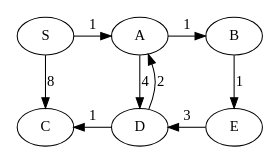
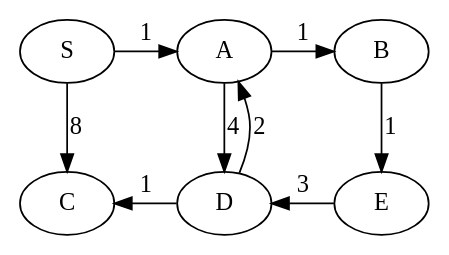
The diagram in lectures/digraph13.dot (IUDataStructuresCourse/course-web-page-spring-2024), drawn with Graphviz before and after one commit. The commit also changed 7 other files, not shown here.

```diff
--- a/lectures/digraph13.dot
+++ b/lectures/digraph13.dot
@@ -1,16 +1,15 @@
 digraph G {
-  size = "2,2";
 
   { rank = same; S A B }
   { rank = same; C D E }
 
   S -> A [label = "1"];
   S -> C [label = "8"];
   A -> D [label = "4"];
   A -> B [label = "1"];
   B -> E [label = "1"];
   D -> C [label = "1"] [constraint = false];
   D -> A [label = "2"] [constraint = false];
   E -> D [label = "3"] [constraint = false];
 
 }
```
